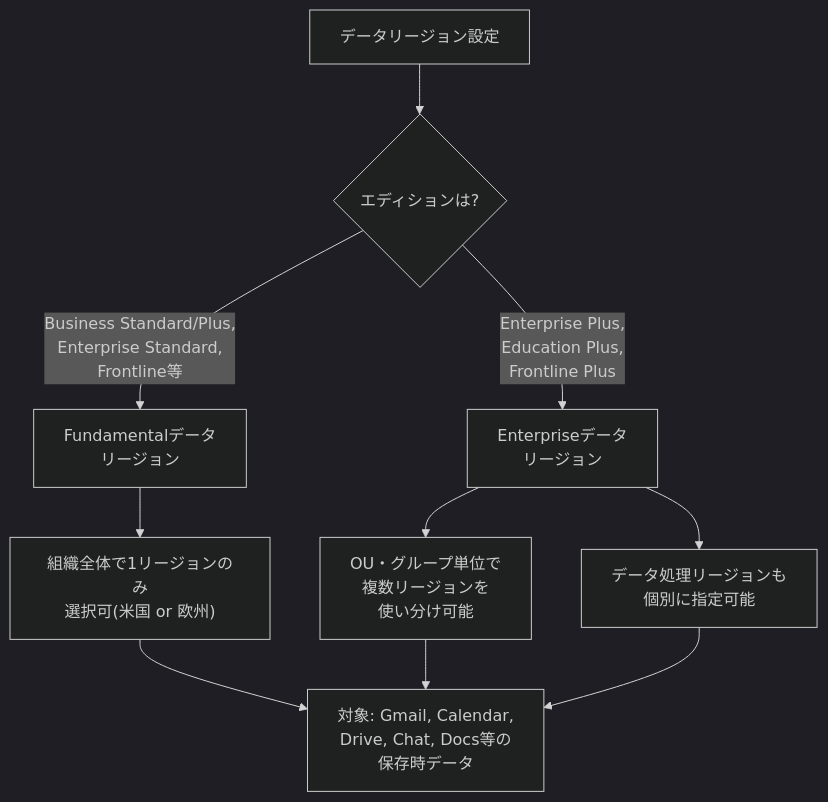
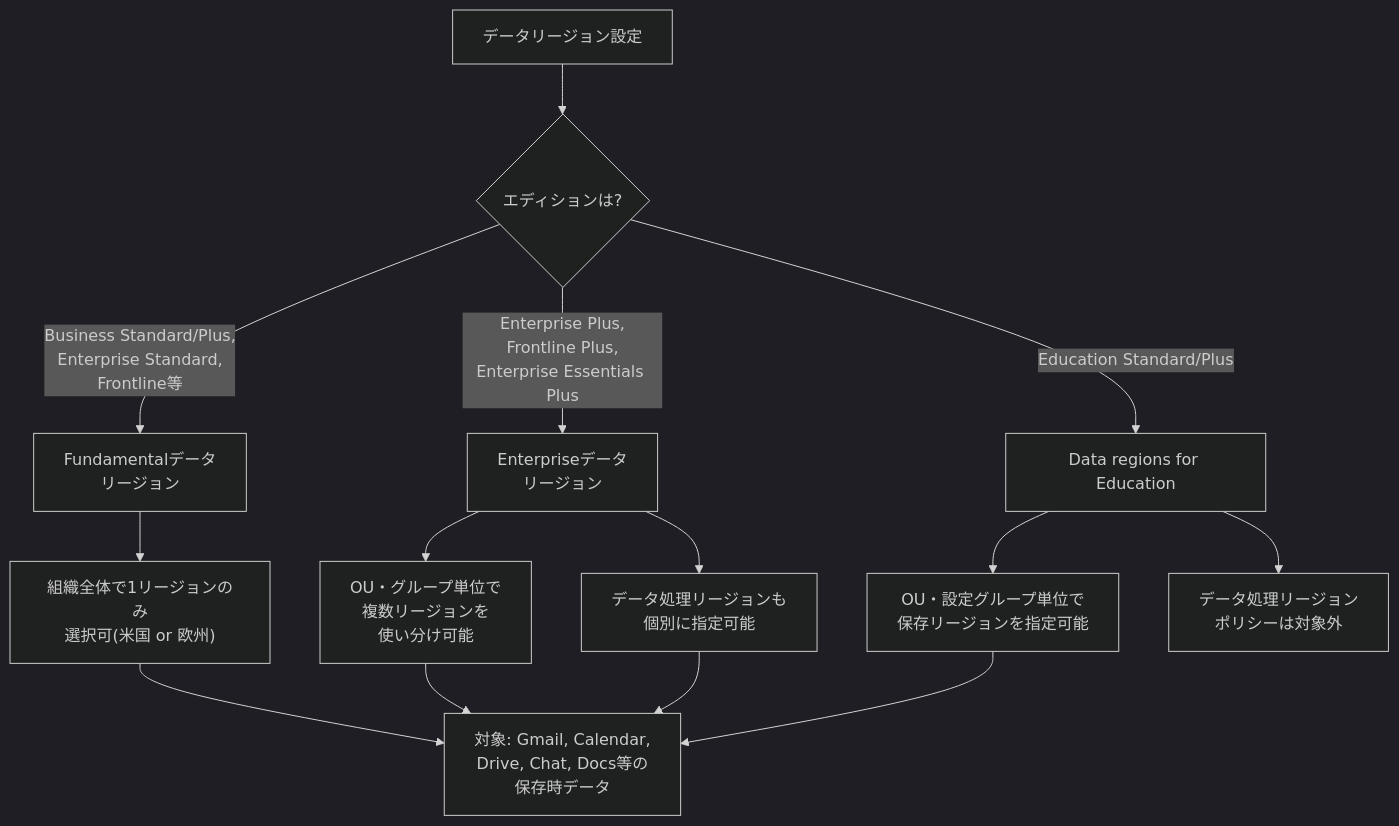
Before and after one commit to myoshi2891/Cloud-Infrastructure-Studies: the ninth of 10 diagrams in archive/Gcl/Associate-Google-Workspace-Administrator/md/Agwa-section3-data-governance.md, drawn with Mermaid (dark theme). The commit also changed other lines of this file and 4 other files, not shown here.

````diff
--- a/archive/Gcl/Associate-Google-Workspace-Administrator/md/Agwa-section3-data-governance.md
+++ b/archive/Gcl/Associate-Google-Workspace-Administrator/md/Agwa-section3-data-governance.md
@@ -507,12 +511,16 @@
 ```mermaid
 flowchart TD
     A["データリージョン設定"] --> B{"エディションは?"}
     B -->|"Business Standard/Plus,<br/>Enterprise Standard,<br/>Frontline等"| C["Fundamentalデータ<br/>リージョン"]
-    B -->|"Enterprise Plus,<br/>Education Plus,<br/>Frontline Plus"| D["Enterpriseデータ<br/>リージョン"]
+    B -->|"Education Standard/Plus"| EDU["Data regions for Education"]
+    B -->|"Enterprise Plus,<br/>Frontline Plus,<br/>Enterprise Essentials Plus"| D["Enterpriseデータ<br/>リージョン"]
     C --> C1["組織全体で1リージョンのみ<br/>選択可(米国 or 欧州)"]
     D --> D1["OU・グループ単位で<br/>複数リージョンを<br/>使い分け可能"]
     D --> D2["データ処理リージョンも<br/>個別に指定可能"]
+    EDU --> EDU1["OU・設定グループ単位で<br/>保存リージョンを指定可能"]
+    EDU --> EDU2["データ処理リージョン<br/>ポリシーは対象外"]
     C1 --> E["対象: Gmail, Calendar,<br/>Drive, Chat, Docs等の<br/>保存時データ"]
     D1 --> E
     D2 --> E
+    EDU1 --> E
 ```
````
